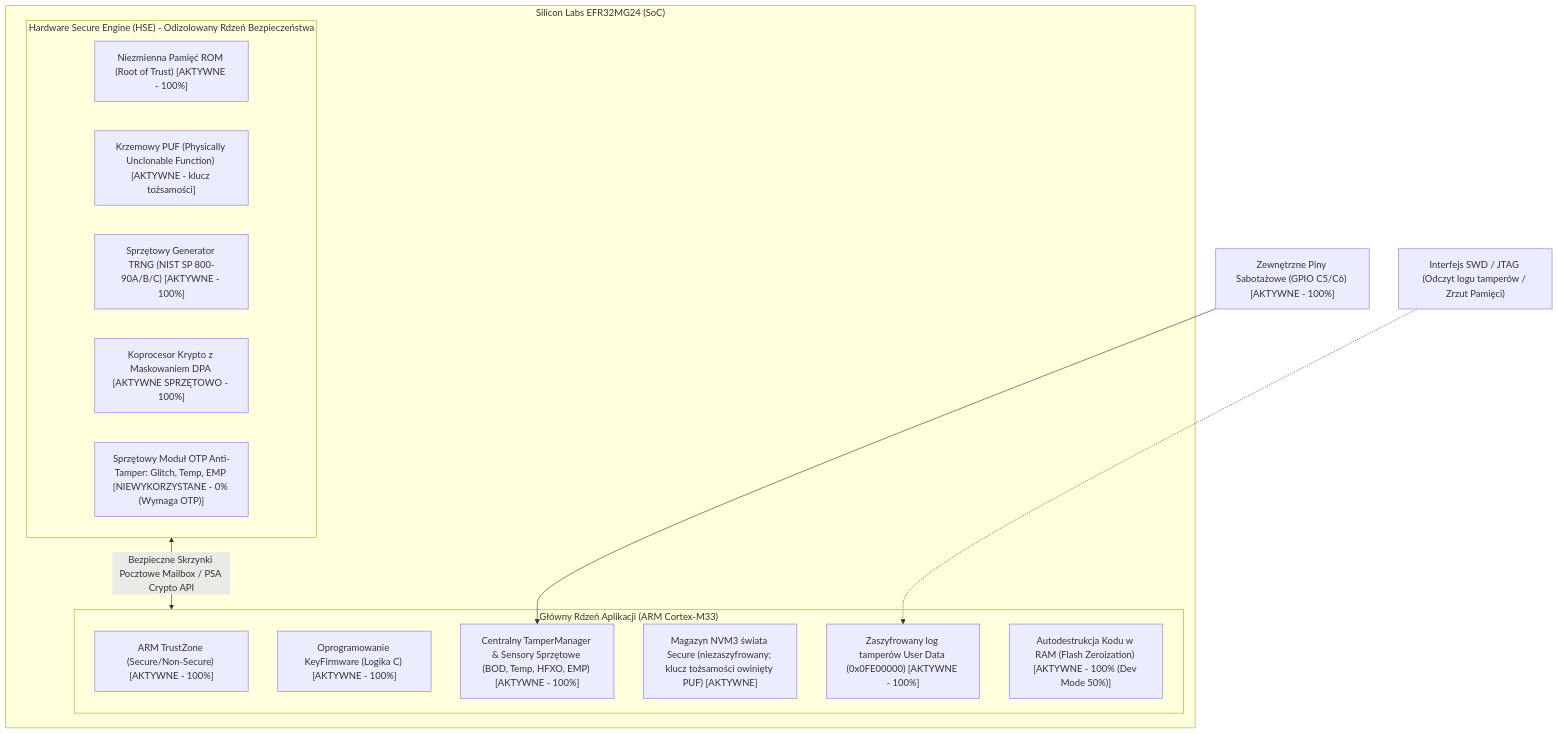
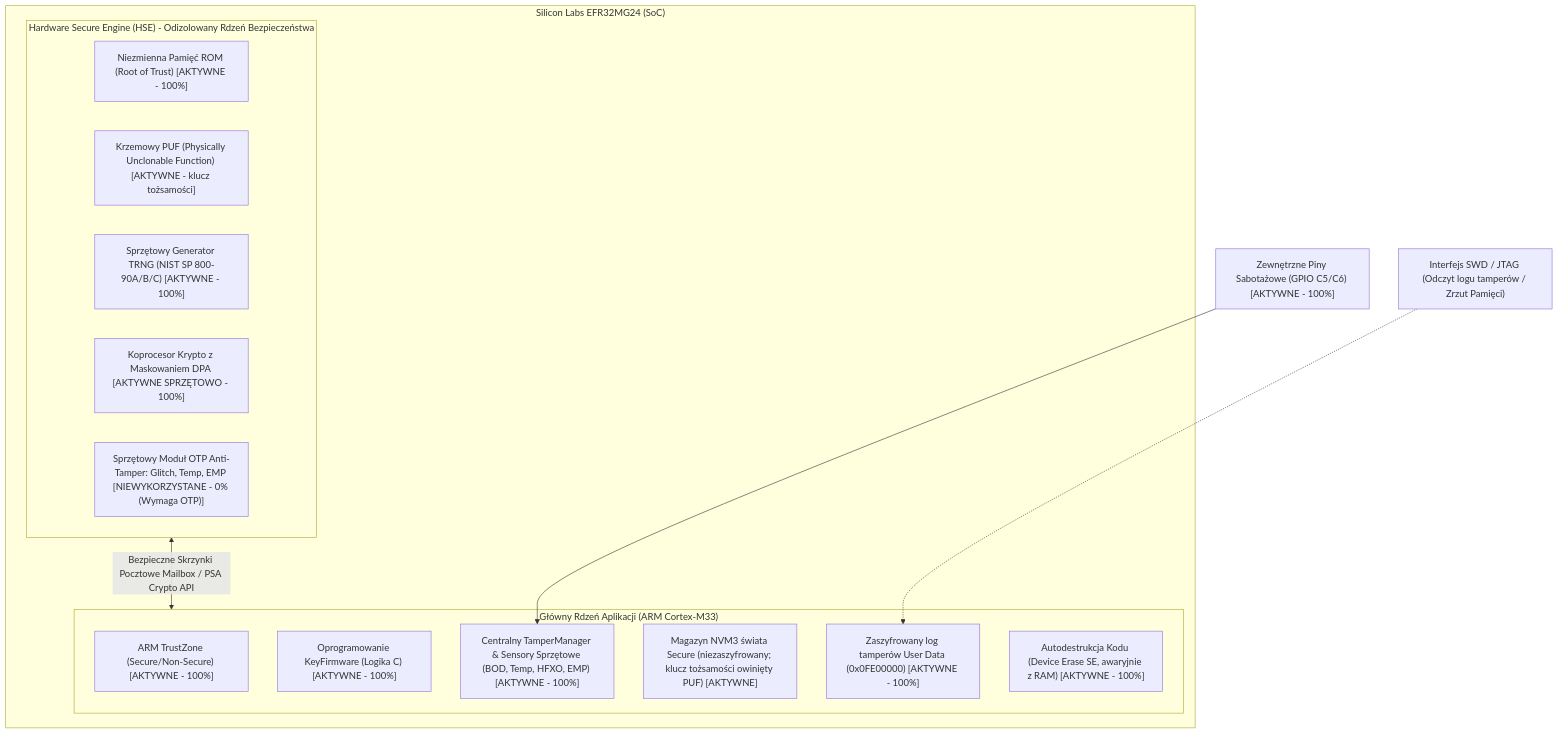
The first of 4 diagrams in docs/security/compass_security_mechanisms.md (michalkkkd/keyadmin), drawn with Mermaid before and after one commit. The commit also changed other lines of this file and 10 other files, not shown here.

````diff
--- a/docs/security/compass_security_mechanisms.md
+++ b/docs/security/compass_security_mechanisms.md
@@ -27,26 +27,26 @@
 ```mermaid
 flowchart TD
     subgraph EFR32MG24["Silicon Labs EFR32MG24 (SoC)"]
         subgraph HSE["Hardware Secure Engine (HSE) - Odizolowany Rdzeń Bezpieczeństwa"]
             ROM["Niezmienna Pamięć ROM (Root of Trust) [AKTYWNE - 100%]"]
             PUF["Krzemowy PUF (Physically Unclonable Function) [AKTYWNE - klucz tożsamości]"]
             TRNG["Sprzętowy Generator TRNG (NIST SP 800-90A/B/C) [AKTYWNE - 100%]"]
             DPA["Koprocesor Krypto z Maskowaniem DPA [AKTYWNE SPRZĘTOWO - 100%]"]
             AT_MOD["Sprzętowy Moduł OTP Anti-Tamper: Glitch, Temp, EMP [NIEWYKORZYSTANE - 0% (Wymaga OTP)]"]
         end
 
         subgraph APP_CORE["Główny Rdzeń Aplikacji (ARM Cortex-M33)"]
             TZ["ARM TrustZone (Secure/Non-Secure) [AKTYWNE - 100%]"]
             FW["Oprogramowanie KeyFirmware (Logika C) [AKTYWNE - 100%]"]
             TM["Centralny TamperManager & Sensory Sprzętowe (BOD, Temp, HFXO, EMP) [AKTYWNE - 100%]"]
             NVM3["Magazyn NVM3 świata Secure (niezaszyfrowany; klucz tożsamości owinięty PUF) [AKTYWNE]"]
             BB["Zaszyfrowany log tamperów User Data (0x0FE00000) [AKTYWNE - 100%]"]
-            RAM_WIPE["Autodestrukcja Kodu w RAM (Flash Zeroization) [AKTYWNE - 100% (Dev Mode 50%)]"]
+            RAM_WIPE["Autodestrukcja Kodu (Device Erase SE, awaryjnie z RAM) [AKTYWNE - 100%]"]
         end
 
         HSE <-->|Bezpieczne Skrzynki Pocztowe Mailbox / PSA Crypto API| APP_CORE
     end
 
     EXT_PINS["Zewnętrzne Piny Sabotażowe (GPIO C5/C6) [AKTYWNE - 100%]"] --> TM
     EXT_DEBUG["Interfejs SWD / JTAG (Odczyt logu tamperów / Zrzut Pamięci)"] -.-> BB
 ```
````
